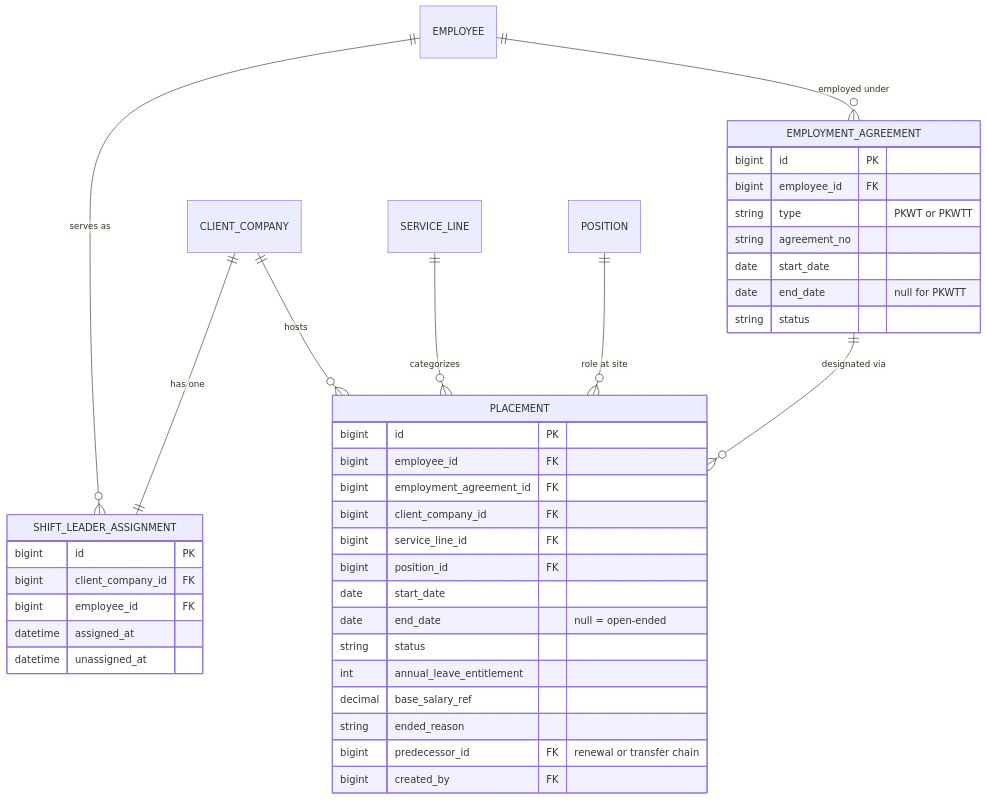
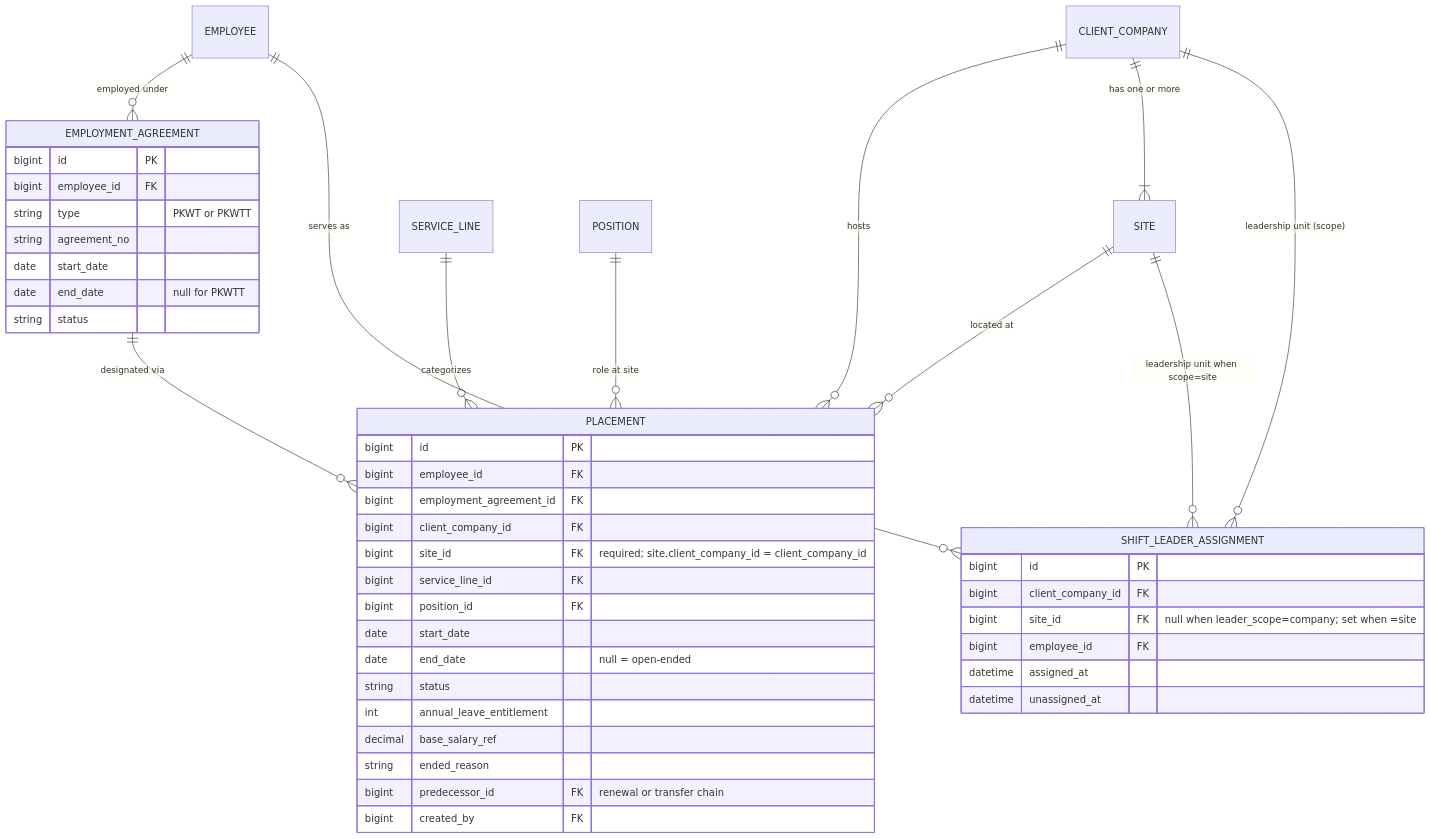
One commit to hariszaki17/hris-outsource changed the first of 6 diagrams in docs/epics/E3-placement/FEATURE.md. Above: the diagram before and after it, drawn with Mermaid. The commit also changed other lines of this file and 41 other files, not shown here.

````diff
--- a/docs/epics/E3-placement/FEATURE.md
+++ b/docs/epics/E3-placement/FEATURE.md
@@ -29,43 +29,48 @@
 ```mermaid
 erDiagram
     EMPLOYEE ||--o{ EMPLOYMENT_AGREEMENT : "employed under"
     EMPLOYMENT_AGREEMENT ||--o{ PLACEMENT : "designated via"
     CLIENT_COMPANY ||--o{ PLACEMENT : "hosts"
+    CLIENT_COMPANY ||--|{ SITE : "has one or more"
+    SITE ||--o{ PLACEMENT : "located at"
     SERVICE_LINE ||--o{ PLACEMENT : "categorizes"
     POSITION ||--o{ PLACEMENT : "role at site"
-    CLIENT_COMPANY ||--|| SHIFT_LEADER_ASSIGNMENT : "has one"
+    CLIENT_COMPANY ||--o{ SHIFT_LEADER_ASSIGNMENT : "leadership unit (scope)"
+    SITE ||--o{ SHIFT_LEADER_ASSIGNMENT : "leadership unit when scope=site"
     EMPLOYEE ||--o{ SHIFT_LEADER_ASSIGNMENT : "serves as"
 
     EMPLOYMENT_AGREEMENT {
         bigint id PK
         bigint employee_id FK
         string type "PKWT or PKWTT"
         string agreement_no
         date start_date
         date end_date "null for PKWTT"
         string status
     }
     PLACEMENT {
         bigint id PK
         bigint employee_id FK
         bigint employment_agreement_id FK
         bigint client_company_id FK
+        bigint site_id FK "required; site.client_company_id = client_company_id"
         bigint service_line_id FK
         bigint position_id FK
         date start_date
         date end_date "null = open-ended"
         string status
         int annual_leave_entitlement
         decimal base_salary_ref
         string ended_reason
         bigint predecessor_id FK "renewal or transfer chain"
         bigint created_by FK
     }
     SHIFT_LEADER_ASSIGNMENT {
         bigint id PK
         bigint client_company_id FK
+        bigint site_id FK "null when leader_scope=company; set when =site"
         bigint employee_id FK
         datetime assigned_at
         datetime unassigned_at
     }
 ```
````
